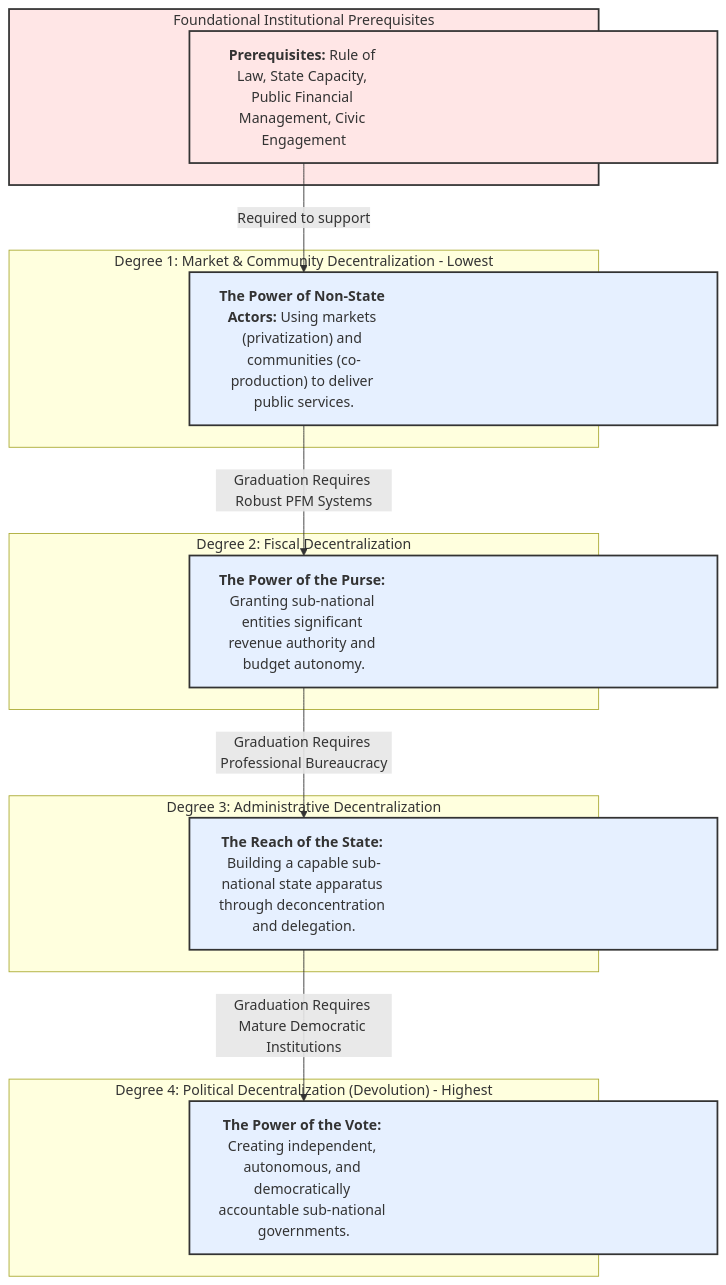
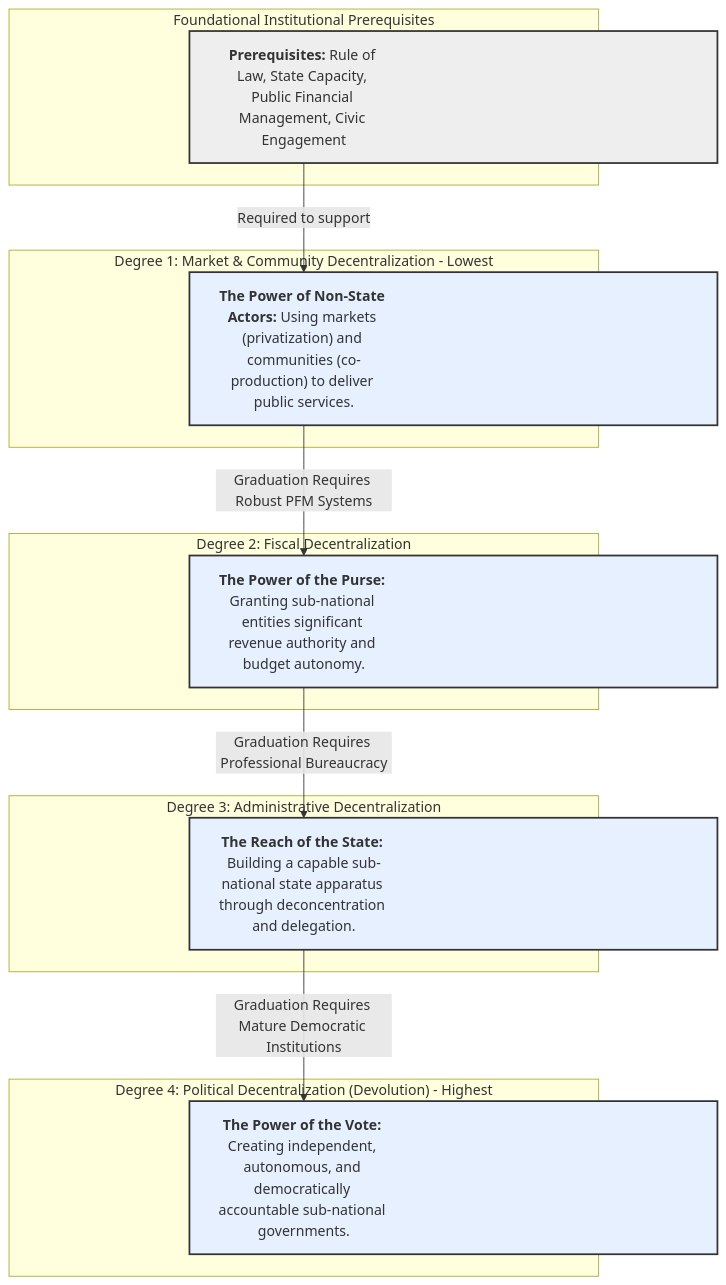
One commit to Aboutorabi/2.1.md changed the diagram in 2.1.md. Above: the diagram before and after it, drawn with Mermaid.

````diff
--- a/2.1.md
+++ b/2.1.md
@@ -1,45 +1,41 @@
 ```mermaid
 graph TD
     %% Degree 4
-    subgraph G4["Degree 4: Political Decentralization (Devolution) - Highest"]
+    subgraph "Degree 4: Political Decentralization (Devolution) - Highest"
         D4["<b>The Power of the Vote:</b> Creating independent, autonomous, and democratically accountable sub-national governments."]
     end
 
     %% Degree 3
-    subgraph G3["Degree 3: Administrative Decentralization"]
+    subgraph "Degree 3: Administrative Decentralization"
         D3["<b>The Reach of the State:</b> Building a capable sub-national state apparatus through deconcentration and delegation."]
     end
 
     %% Degree 2
-    subgraph G2["Degree 2: Fiscal Decentralization"]
+    subgraph "Degree 2: Fiscal Decentralization"
         D2["<b>The Power of the Purse:</b> Granting sub-national entities significant revenue authority and budget autonomy."]
     end
 
     %% Degree 1
-    subgraph G1["Degree 1: Market & Community Decentralization - Lowest"]
+    subgraph "Degree 1: Market & Community Decentralization - Lowest"
         D1["<b>The Power of Non-State Actors:</b> Using markets (privatization) and communities (co-production) to deliver public services."]
     end
     
-    %% Foundational prerequisites
-    subgraph GF["Foundational Institutional Prerequisites"]
+    %% Prerequisites
+    subgraph "Foundational Institutional Prerequisites"
         F["<b>Prerequisites:</b> Rule of Law, State Capacity, Public Financial Management, Civic Engagement"]
     end
 
-    %% Connections
+    %% Arrows
     F -->|Required to support| D1
     D1 -->|Graduation Requires Robust PFM Systems| D2
     D2 -->|Graduation Requires Professional Bureaucracy| D3
     D3 -->|Graduation Requires Mature Democratic Institutions| D4
 
-    %% Style prerequisite box pink
-    style GF fill:#ffe6e6,stroke:#333,stroke-width:2px
-
-    %% Style blue boxes wider so text fits one line
-    style D1 width:600px,fill:#e6f0ff,stroke:#333,stroke-width:2px
-    style D2 width:600px,fill:#e6f0ff,stroke:#333,stroke-width:2px
-    style D3 width:600px,fill:#e6f0ff,stroke:#333,stroke-width:2px
-    style D4 width:600px,fill:#e6f0ff,stroke:#333,stroke-width:2px
-    style F  width:600px,fill:#ffe6e6,stroke:#333,stroke-width:2px
-
+    %% Style (widen nodes so text stays on one line)
+    style F  fill:#eee,stroke:#333,stroke-width:2px,width:600px
+    style D1 fill:#e6f0ff,stroke:#333,stroke-width:2px,width:600px
+    style D2 fill:#e6f0ff,stroke:#333,stroke-width:2px,width:600px
+    style D3 fill:#e6f0ff,stroke:#333,stroke-width:2px,width:600px
+    style D4 fill:#e6f0ff,stroke:#333,stroke-width:2px,width:600px
 
 ```
````
